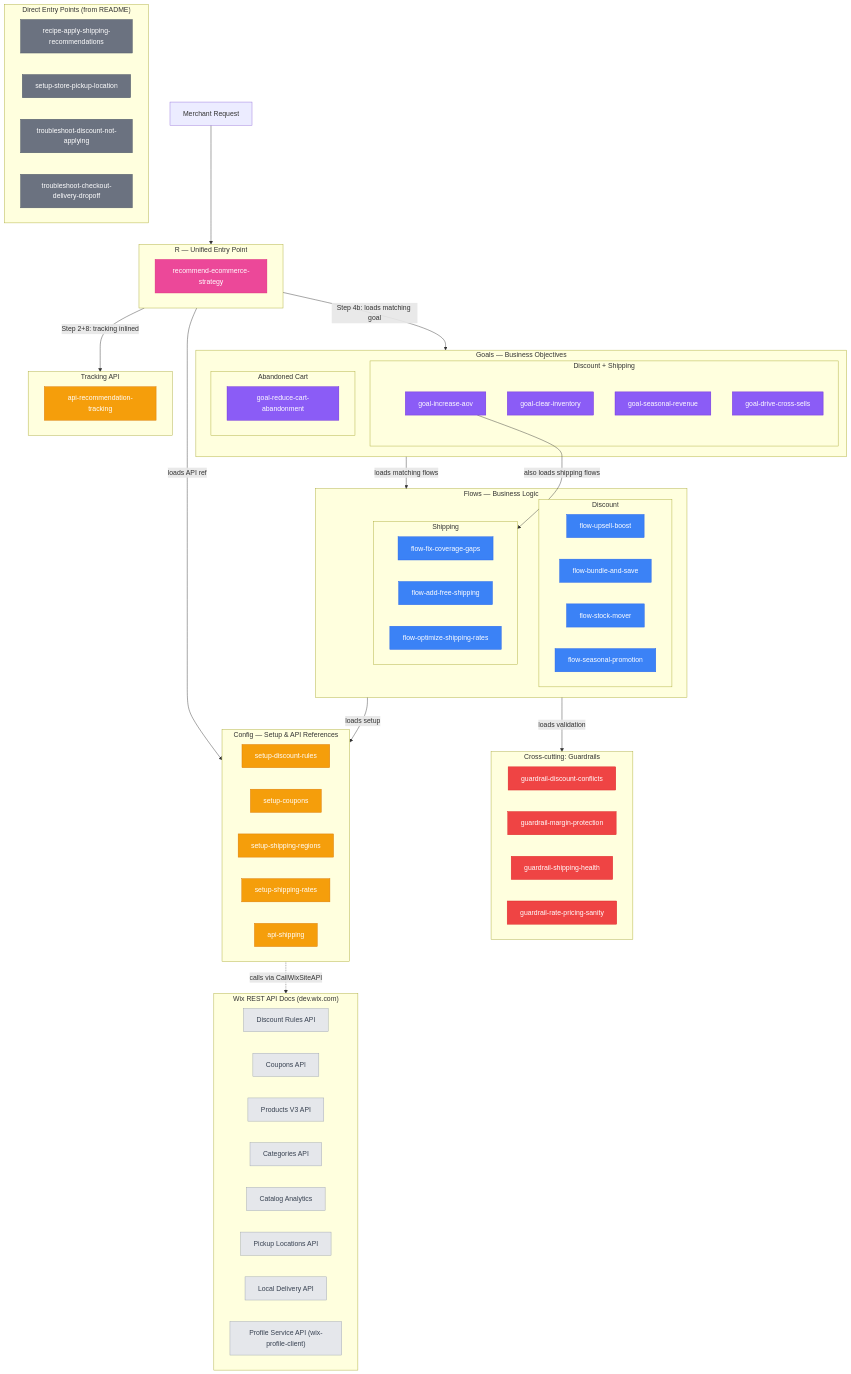
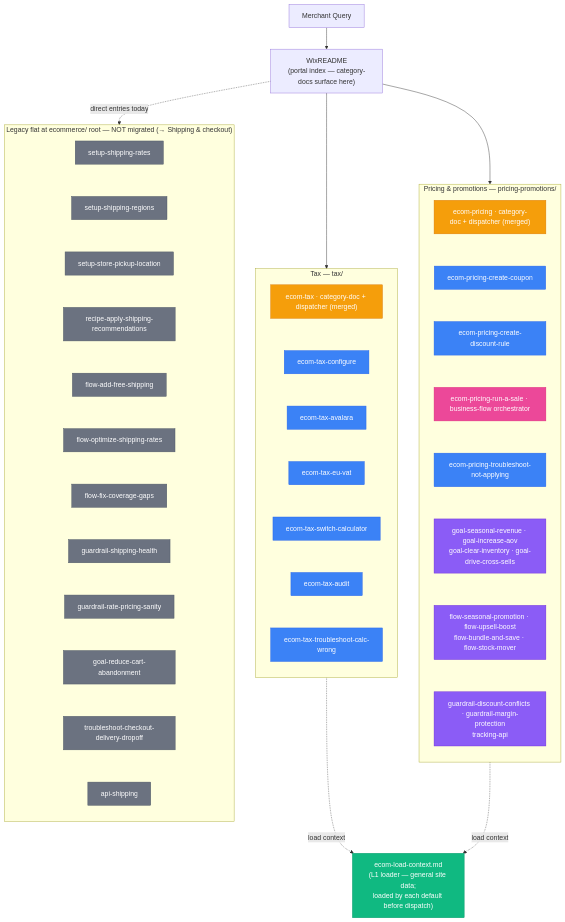
One commit to wix/skills changed the diagram in plugins/wix/skills/wix-manage/references/ecommerce/skill-graph.md. Above: the diagram before and after it, drawn with Mermaid. The commit also changed other lines of this file and 33 other files, not shown here.

First line of the commit message:
chore: sync plugins/wix/ mirror with repo root

````diff
--- a/plugins/wix/skills/wix-manage/references/ecommerce/skill-graph.md
+++ b/plugins/wix/skills/wix-manage/references/ecommerce/skill-graph.md
@@ -8,99 +8,71 @@
 ```mermaid
 flowchart TB
-    MR["Merchant Request"] --> R
+    MR["Merchant Query"] --> README["WixREADME<br/>(portal index — category-docs surface here)"]
 
-    subgraph R["R — Unified Entry Point"]
-        recommend-ecommerce-strategy
+    README --> TAX
+    README --> PRICE
+
+    LOADER["ecom-load-context.md<br/>(L1 loader — general site data;<br/>loaded by each default before dispatch)"]
+    TAX -.-> |load context| LOADER
+    PRICE -.-> |load context| LOADER
+
+    %% ---------- Tax L3 ----------
+    subgraph TAX["Tax — tax/"]
+        direction TB
+        TAXDEF["ecom-tax · category-doc + dispatcher (merged)"]
+        TC["ecom-tax-configure"]
+        TA["ecom-tax-avalara"]
+        TV["ecom-tax-eu-vat"]
+        TS["ecom-tax-switch-calculator"]
+        TU["ecom-tax-audit"]
+        TT["ecom-tax-troubleshoot-calc-wrong"]
+        TAXDEF ~~~ TC ~~~ TA ~~~ TV ~~~ TS ~~~ TU ~~~ TT
     end
 
-    R --> |"loads API ref"| Config
-    R --> |"Step 4b: loads matching goal"| Goals
-    R --> |"Step 2+8: tracking inlined"| TrackingAPI
-
-    subgraph Goals["Goals — Business Objectives"]
-        subgraph GD["Discount + Shipping"]
-            goal-increase-aov
-            goal-clear-inventory
-            goal-seasonal-revenue
-            goal-drive-cross-sells
-        end
-        subgraph GA["Abandoned Cart"]
-            goal-reduce-cart-abandonment
-        end
+    %% ---------- Pricing & promotions L3 ----------
+    subgraph PRICE["Pricing & promotions — pricing-promotions/"]
+        direction TB
+        PRICEDEF["ecom-pricing · category-doc + dispatcher (merged)"]
+        PC["ecom-pricing-create-coupon"]
+        PD["ecom-pricing-create-discount-rule"]
+        PR["ecom-pricing-run-a-sale · business-flow orchestrator"]
+        PB["ecom-pricing-troubleshoot-not-applying"]
+        PG["goal-seasonal-revenue · goal-increase-aov<br/>goal-clear-inventory · goal-drive-cross-sells"]
+        PF["flow-seasonal-promotion · flow-upsell-boost<br/>flow-bundle-and-save · flow-stock-mover"]
+        PV["guardrail-discount-conflicts · guardrail-margin-protection<br/>tracking-api"]
+        PRICEDEF ~~~ PC ~~~ PD ~~~ PR ~~~ PB ~~~ PG ~~~ PF ~~~ PV
     end
 
-    Goals --> |"loads matching flows"| Flows
-    goal-increase-aov --> |"also loads shipping flows"| FS
+    %% ---------- Legacy flat (not yet an L3) ----------
+    subgraph LEGACY["Legacy flat at ecommerce/ root — NOT migrated (→ Shipping & checkout)"]
+        direction TB
+        L1["setup-shipping-rates"]
+        L2["setup-shipping-regions"]
+        L3["setup-store-pickup-location"]
+        L4["recipe-apply-shipping-recommendations"]
+        L5["flow-add-free-shipping"]
+        L6["flow-optimize-shipping-rates"]
+        L7["flow-fix-coverage-gaps"]
+        L8["guardrail-shipping-health"]
+        L9["guardrail-rate-pricing-sanity"]
+        L10["goal-reduce-cart-abandonment"]
+        L11["troubleshoot-checkout-delivery-dropoff"]
+        L12["api-shipping"]
+        L1 ~~~ L2 ~~~ L3 ~~~ L4 ~~~ L5 ~~~ L6 ~~~ L7 ~~~ L8 ~~~ L9 ~~~ L10 ~~~ L11 ~~~ L12
+    end
+    README -.-> |direct entries today| LEGACY
 
-    subgraph Flows["Flows — Business Logic"]
-        subgraph FD["Discount"]
-            flow-upsell-boost
-            flow-bundle-and-save
-            flow-stock-mover
-            flow-seasonal-promotion
-        end
-        subgraph FS["Shipping"]
-            flow-fix-coverage-gaps
-            flow-add-free-shipping
-            flow-optimize-shipping-rates
-        end
-    end
+    classDef dispatcher fill:#f59e0b,stroke:#d97706,color:#fff
+    classDef promotion fill:#3b82f6,stroke:#2563eb,color:#fff
+    classDef orchestrator fill:#ec4899,stroke:#db2777,color:#fff
+    classDef support fill:#8b5cf6,stroke:#6d28d9,color:#fff
+    classDef loader fill:#10b981,stroke:#059669,color:#fff
+    classDef legacy fill:#6b7280,stroke:#4b5563,color:#fff
 
-    Flows --> |"loads validation"| Guardrails
-    Flows --> |"loads setup"| Config
-
-    subgraph Guardrails["Cross-cutting: Guardrails"]
-        guardrail-discount-conflicts
-        guardrail-margin-protection
-        guardrail-shipping-health
-        guardrail-rate-pricing-sanity
-    end
-
-    subgraph Config["Config — Setup & API References"]
-        setup-discount-rules
-        setup-coupons
-        setup-shipping-regions
-        setup-shipping-rates
-        api-shipping
-    end
-
-    subgraph TrackingAPI["Tracking API"]
-        api-recommendation-tracking
-    end
-
-    subgraph Standalone["Direct Entry Points (from README)"]
-        recipe-apply-shipping-recommendations
-        setup-store-pickup-location
-        troubleshoot-discount-not-applying
-        troubleshoot-checkout-delivery-dropoff
-    end
-
-    Config -.-> |"calls via CallWixSiteAPI"| API
-
-    subgraph API["Wix REST API Docs (dev.wix.com)"]
-        D1["Discount Rules API"]
-        D2["Coupons API"]
-        D3["Products V3 API"]
-        D4["Categories API"]
-        D5["Catalog Analytics"]
-        S3["Pickup Locations API"]
-        S4["Local Delivery API"]
-        SD["Profile Service API (wix-profile-client)"]
-    end
-
-    classDef goal fill:#8b5cf6,stroke:#6d28d9,color:#fff
-    classDef guardrail fill:#ef4444,stroke:#dc2626,color:#fff
-    classDef flow fill:#3b82f6,stroke:#2563eb,color:#fff
-    classDef config fill:#f59e0b,stroke:#d97706,color:#fff
-    classDef reco fill:#ec4899,stroke:#db2777,color:#fff
-    classDef standalone fill:#6b7280,stroke:#4b5563,color:#fff
-    classDef apidoc fill:#e5e7eb,stroke:#9ca3af,color:#374151
-
-    class goal-increase-aov,goal-clear-inventory,goal-seasonal-revenue,goal-drive-cross-sells,goal-reduce-cart-abandonment goal
-    class guardrail-discount-conflicts,guardrail-margin-protection,guardrail-shipping-health,guardrail-rate-pricing-sanity guardrail
-    class flow-upsell-boost,flow-bundle-and-save,flow-stock-mover,flow-seasonal-promotion,flow-fix-coverage-gaps,flow-add-free-shipping,flow-optimize-shipping-rates flow
-    class setup-discount-rules,setup-coupons,setup-shipping-regions,setup-shipping-rates,api-recommendation-tracking,api-shipping config
-    class recommend-ecommerce-strategy reco
-    class recipe-apply-shipping-recommendations,setup-store-pickup-location,troubleshoot-discount-not-applying,troubleshoot-checkout-delivery-dropoff standalone
-    class D1,D2,D3,D4,D5,S1,S2,S3,S4,SD apidoc
+    class TAXDEF,PRICEDEF dispatcher
+    class TC,TA,TV,TS,TU,TT,PC,PD,PB promotion
+    class PR orchestrator
+    class PG,PF,PV support
+    class LOADER loader
+    class L1,L2,L3,L4,L5,L6,L7,L8,L9,L10,L11,L12 legacy
 ```
````
